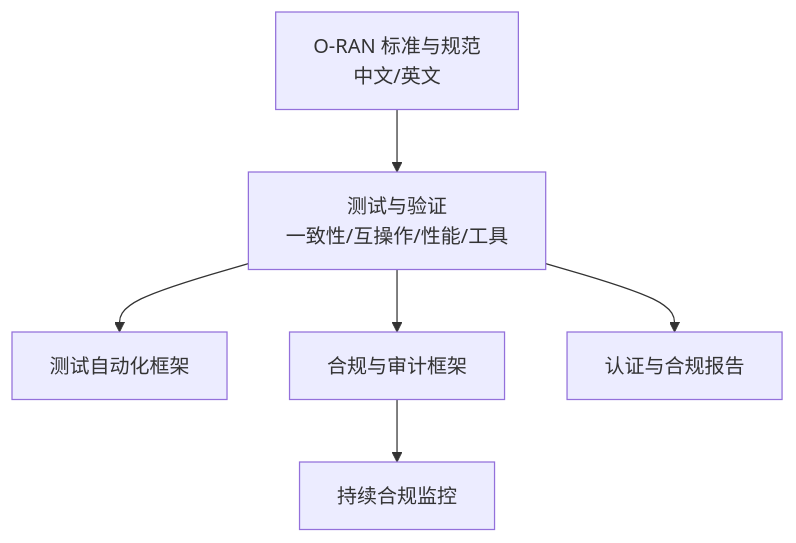
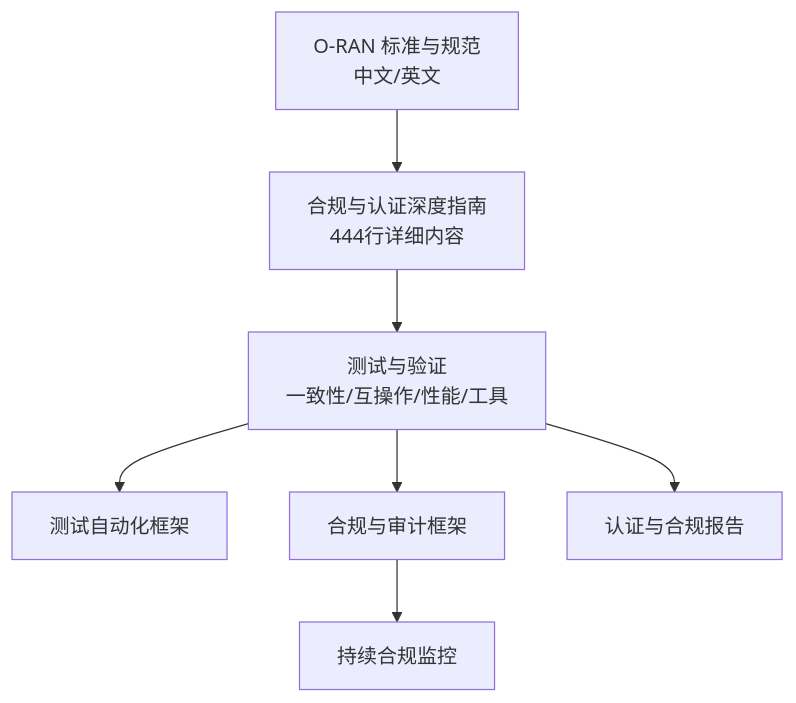
One commit to allengaller/oran-database changed the first of 10 diagrams in .qoder/repowiki/zh/content/标准与合规/合规与认证.md. Above: the diagram before and after it, drawn with Mermaid. The commit also changed other lines of this file and 32 other files, not shown here.

````diff
--- a/.qoder/repowiki/zh/content/标准与合规/合规与认证.md
+++ b/.qoder/repowiki/zh/content/标准与合规/合规与认证.md
@@ -34,8 +48,9 @@
 ```mermaid
 graph TB
-A["O-RAN 标准与规范<br/>中文/英文"] --> B["测试与验证<br/>一致性/互操作/性能/工具"]
-B --> C["测试自动化框架"]
-B --> D["合规与审计框架"]
-D --> E["持续合规监控"]
-B --> F["认证与合规报告"]
+A["O-RAN 标准与规范<br/>中文/英文"] --> B["合规与认证深度指南<br/>444行详细内容"]
+B --> C["测试与验证<br/>一致性/互操作/性能/工具"]
+C --> D["测试自动化框架"]
+C --> E["合规与审计框架"]
+E --> F["持续合规监控"]
+C --> G["认证与合规报告"]
 ```
````
